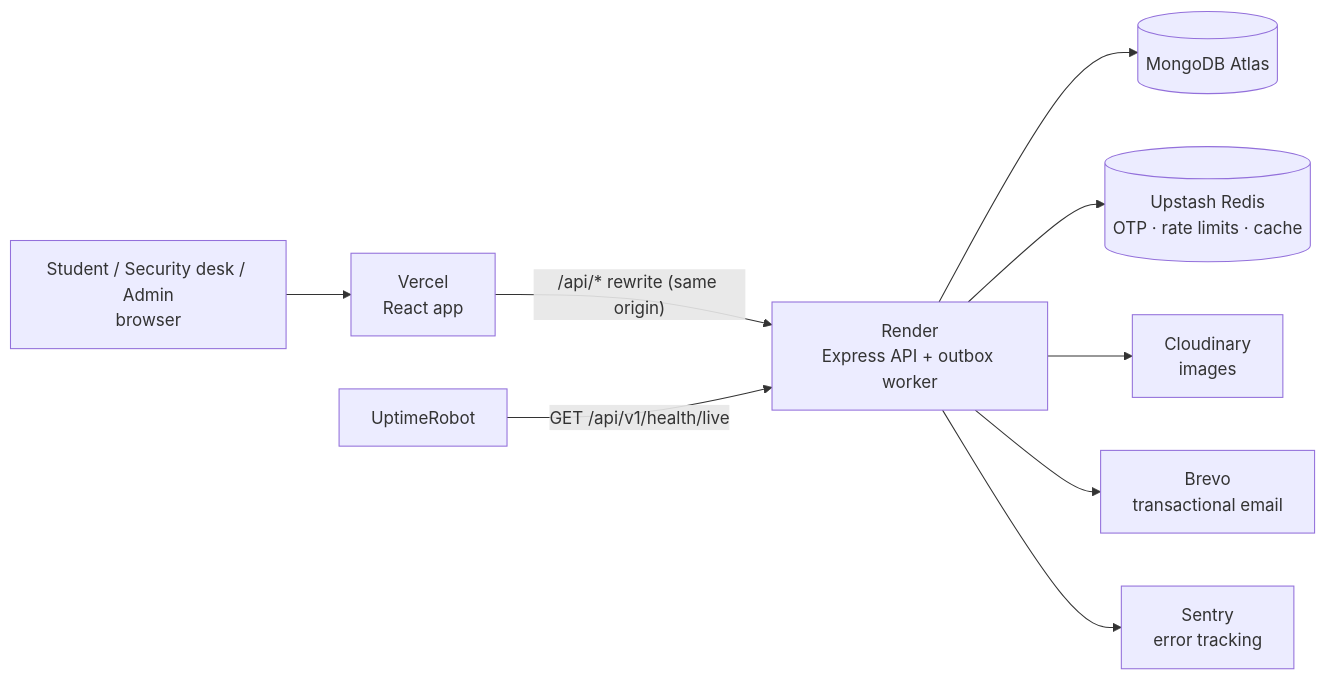
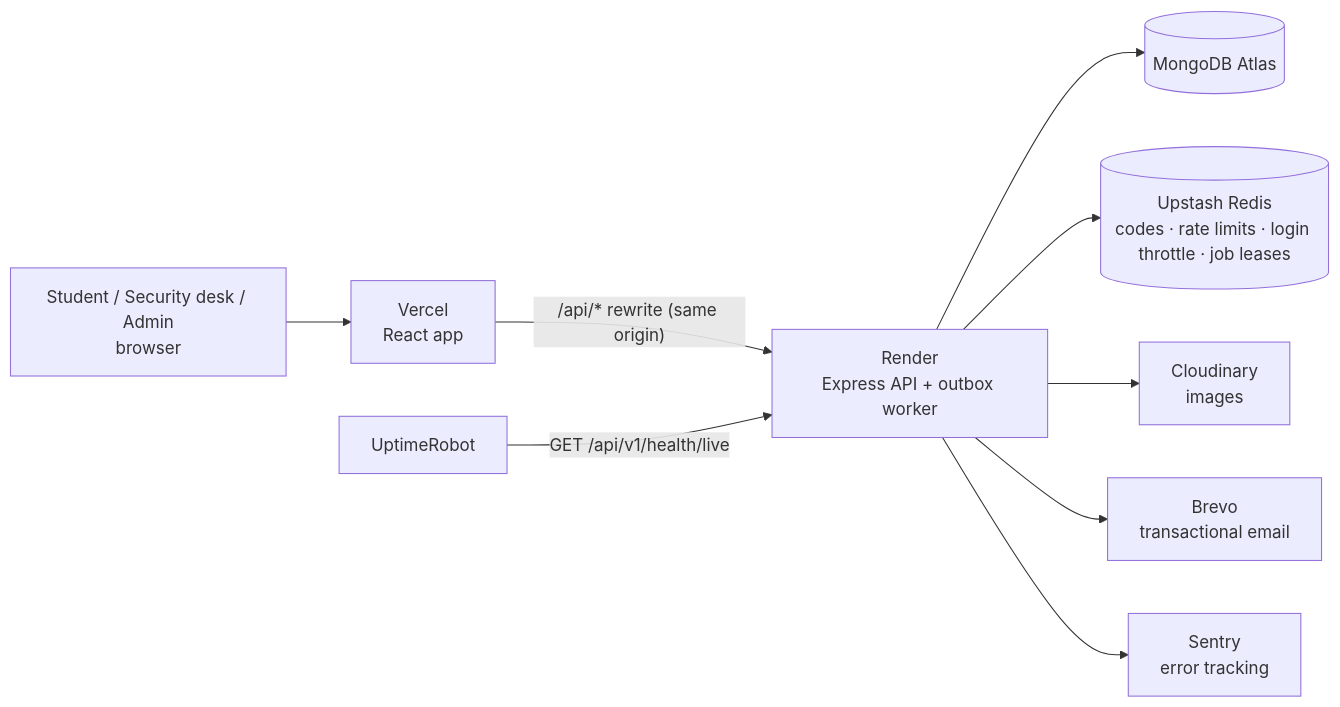
The first of 4 diagrams in docs/architecture/backend.md (nox-pie/RU-Lost-Found), drawn with Mermaid before and after one commit. The commit also changed other lines of this file and 1 other file, not shown here.

````diff
--- a/docs/architecture/backend.md
+++ b/docs/architecture/backend.md
@@ -40,11 +40,11 @@
 ```mermaid
 flowchart LR
     U[Student / Security desk / Admin<br/>browser] --> V[Vercel<br/>React app]
     V -- "/api/* rewrite (same origin)" --> A[Render<br/>Express API + outbox worker]
     A --> M[(MongoDB Atlas)]
-    A --> R[(Upstash Redis<br/>OTP · rate limits · cache)]
+    A --> R[(Upstash Redis<br/>codes · rate limits · login throttle · job leases)]
     A --> C[Cloudinary<br/>images]
     A --> B[Brevo<br/>transactional email]
     A --> S[Sentry<br/>error tracking]
     UR[UptimeRobot] -- "GET /api/v1/health/live" --> A
 ```
````
